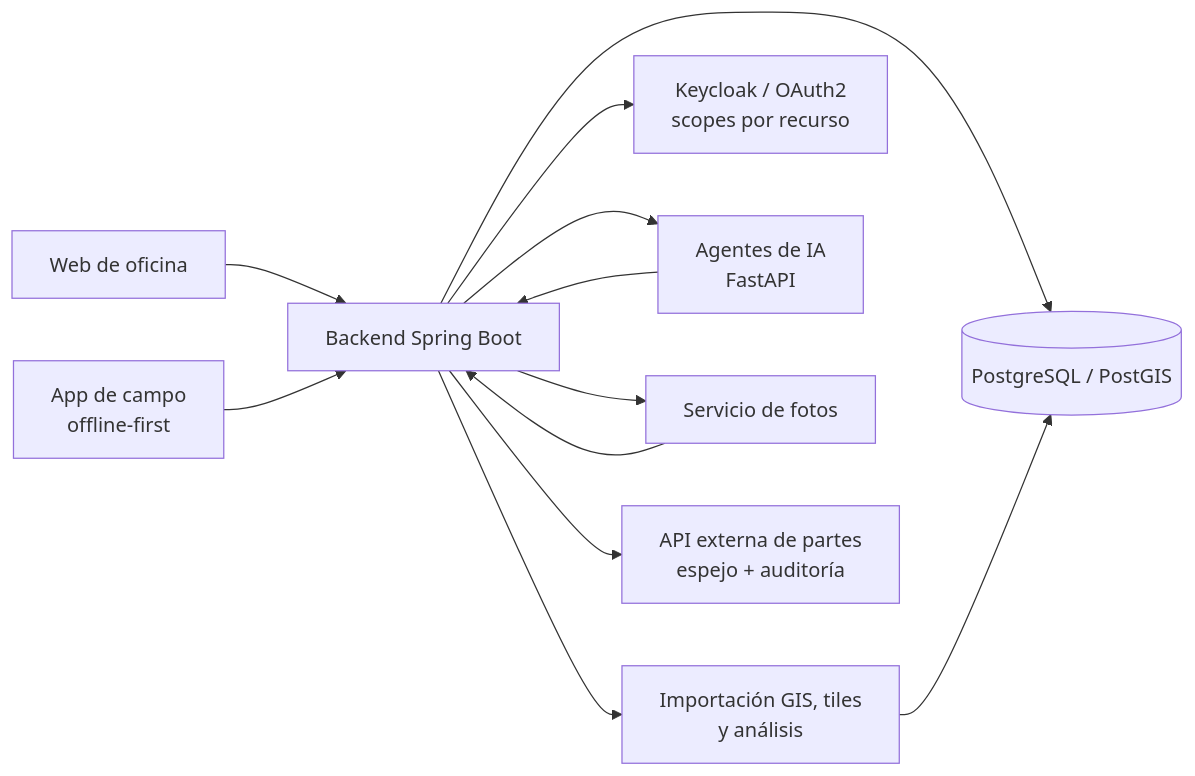
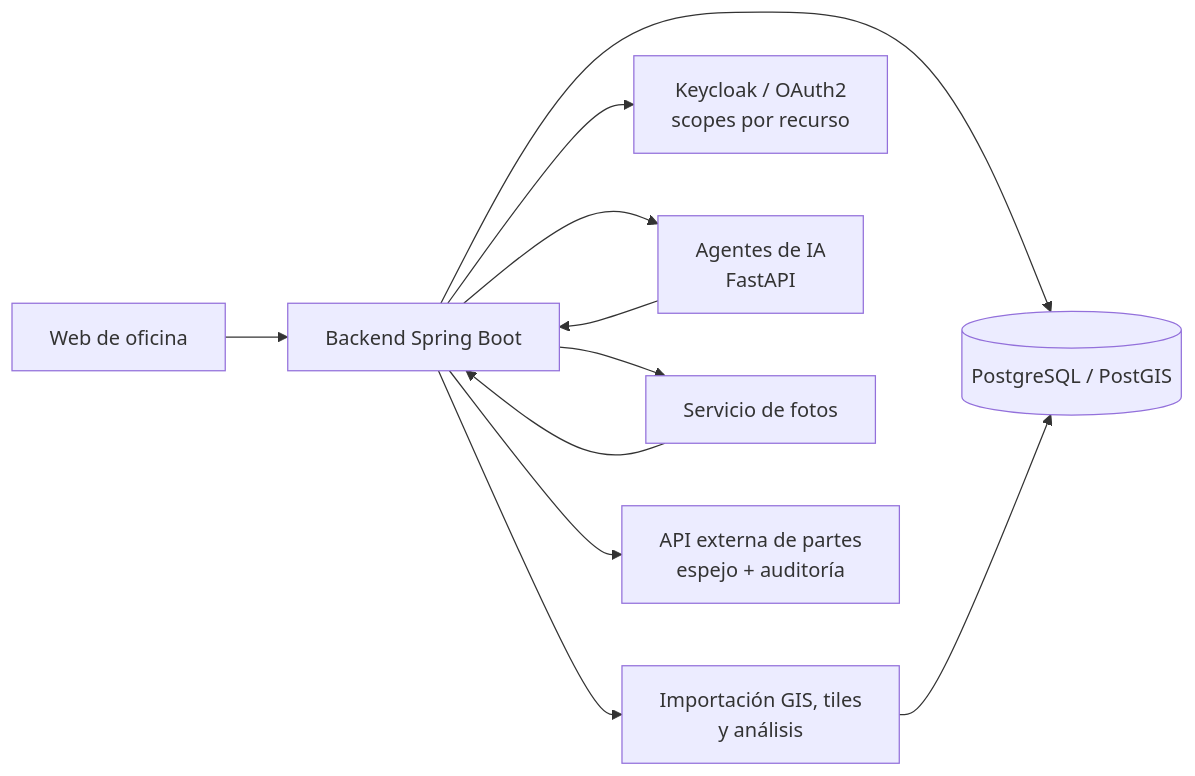
The diagram in README.md (rabiiie/rsamadi-portfolio), drawn with Mermaid before and after one commit. The commit also changed other lines of this file and 2 other files, not shown here.

Commit message:
appfibra: la app de campo sale de los diagramas, del stack y de las decisiones

````diff
--- a/README.md
+++ b/README.md
@@ -48,15 +48,14 @@
 ```mermaid
 flowchart LR
     Web["Web de oficina"] --> API["Backend Spring Boot"]
-    Mobile["App de campo<br/>offline-first"] --> API
     API --> DB[("PostgreSQL / PostGIS")]
     API --> GIS["Importación GIS, tiles<br/>y análisis"]
     API --> IAM["Keycloak / OAuth2<br/>scopes por recurso"]
     API --> Agents["Agentes de IA<br/>FastAPI"]
     API --> Photos["Servicio de fotos"]
     API --> External["API externa de partes<br/>espejo + auditoría"]
 
     GIS --> DB
     Agents --> API
     Photos --> API
 ```
````
